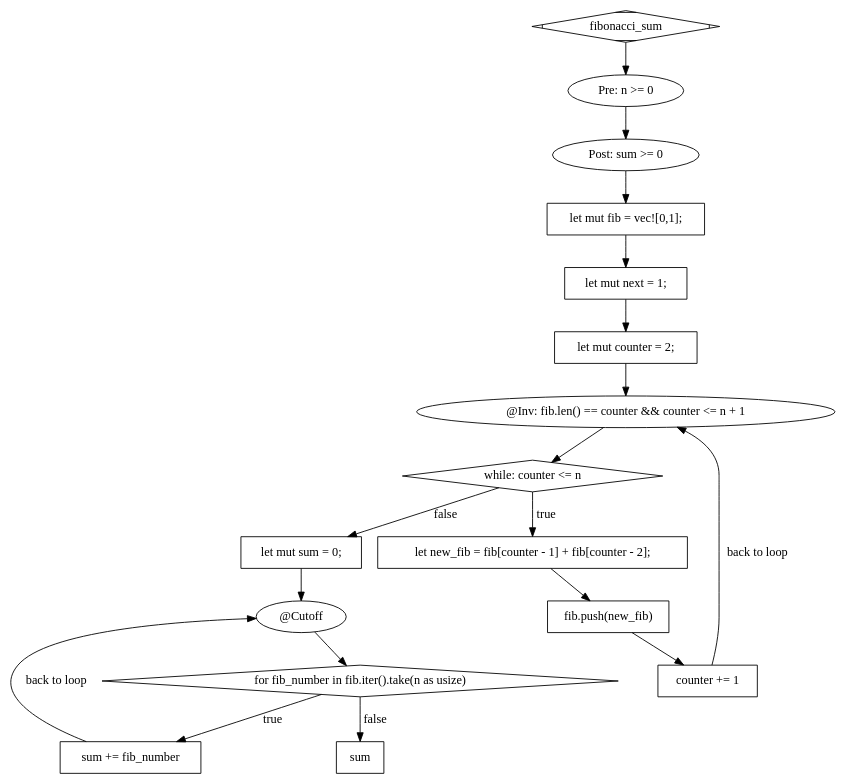
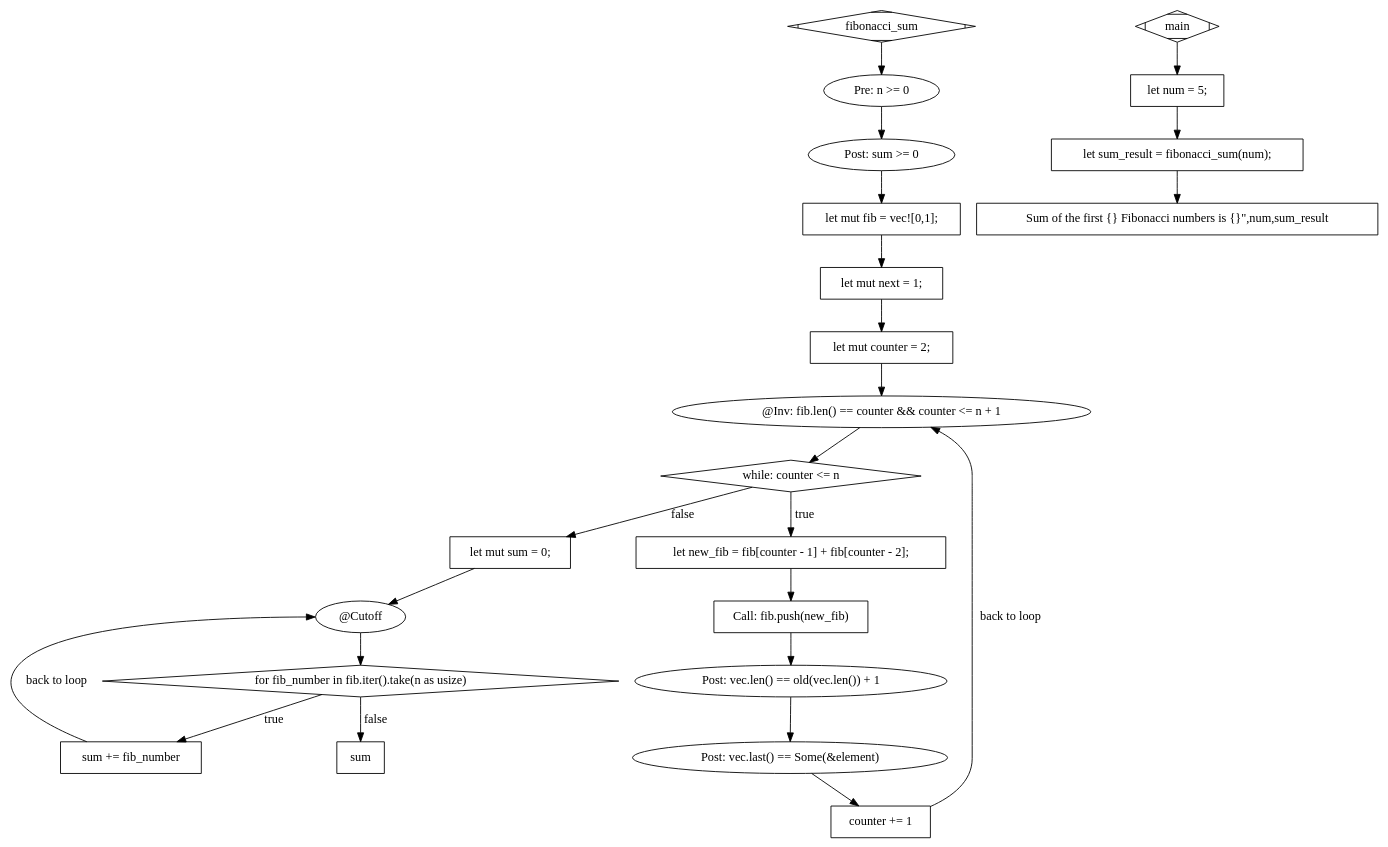
The diagram in src/graphs/for.dot (vasilevlaicu/secured-rust), drawn with Graphviz before and after one commit. The commit also changed 6 other files, not shown here.

```diff
--- a/src/graphs/for.dot
+++ b/src/graphs/for.dot
@@ -1,35 +1,46 @@
 digraph G {
 0 [label="fibonacci_sum", shape=Mdiamond]
 1 [label="Pre: n >= 0", shape=ellipse]
 2 [label="Post: sum >= 0", shape=ellipse]
 3 [label="let mut fib = vec![0,1];", shape=box]
 4 [label="let mut next = 1;", shape=box]
 5 [label="let mut counter = 2;", shape=box]
 6 [label="@Inv: fib.len() == counter && counter <= n + 1", shape=ellipse]
 7 [label="while: counter <= n", shape=diamond]
 8 [label="let new_fib = fib[counter - 1] + fib[counter - 2];", shape=box]
-9 [label="fib.push(new_fib)", shape=box]
-10 [label="counter += 1", shape=box]
-11 [label="sum", shape=box]
-12 [label="let mut sum = 0;", shape=box]
-13 [label="@Cutoff ", shape=ellipse]
-14 [label="for fib_number in fib.iter().take(n as usize)", shape=diamond]
-15 [label="sum += fib_number", shape=box]
+9 [label="Call: fib.push(new_fib)", shape=box]
+10 [label="Post: vec.len() == old(vec.len()) + 1", shape=ellipse]
+11 [label="Post: vec.last() == Some(&element)", shape=ellipse]
+12 [label="counter += 1", shape=box]
+13 [label="let sum_result = fibonacci_sum(num);", shape=box]
+14 [label="let mut sum = 0;", shape=box]
+15 [label="@Cutoff ", shape=ellipse]
+16 [label="for fib_number in fib.iter().take(n as usize)", shape=diamond]
+17 [label="sum += fib_number", shape=box]
+18 [label="Sum of the first {} Fibonacci numbers is {}\",num,sum_result", shape=box]
+19 [label="sum", shape=box]
+20 [label="main", shape=Mdiamond]
+21 [label="let num = 5;", shape=box]
 0 -> 1 [label=""];
 1 -> 2 [label=""];
 2 -> 3 [label=""];
 3 -> 4 [label=""];
 4 -> 5 [label=""];
 5 -> 6 [label=""];
 6 -> 7 [label=""];
 7 -> 8 [label="true"];
 8 -> 9 [label=""];
 9 -> 10 [label=""];
-10 -> 6 [label="back to loop"];
-14 -> 11 [label="false"];
-7 -> 12 [label="false"];
-12 -> 13 [label=""];
-13 -> 14 [label=""];
-14 -> 15 [label="true"];
-15 -> 13 [label="back to loop"];
+10 -> 11 [label=""];
+11 -> 12 [label=""];
+12 -> 6 [label="back to loop"];
+21 -> 13 [label=""];
+7 -> 14 [label="false"];
+14 -> 15 [label=""];
+15 -> 16 [label=""];
+16 -> 17 [label="true"];
+17 -> 15 [label="back to loop"];
+13 -> 18 [label=""];
+16 -> 19 [label="false"];
+20 -> 21 [label=""];
 }
```
